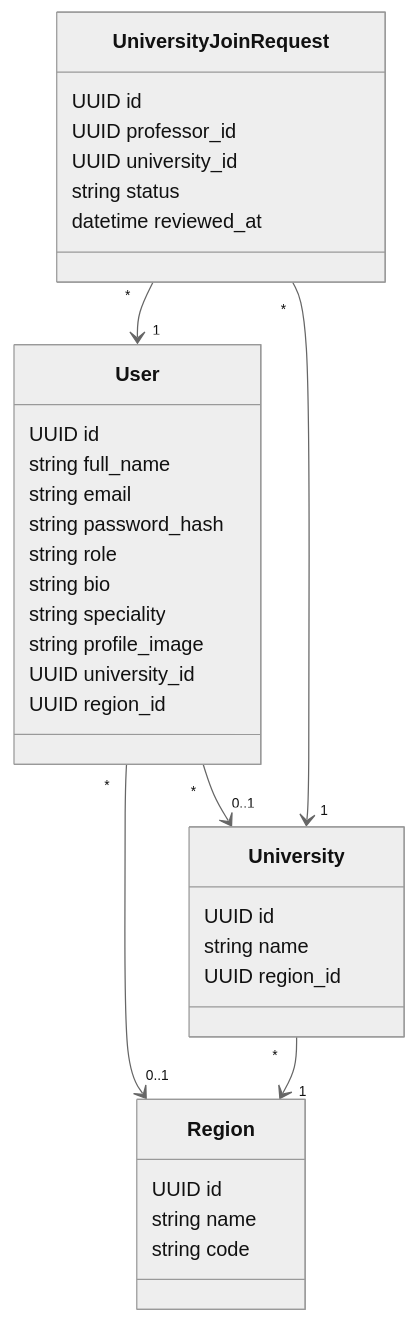
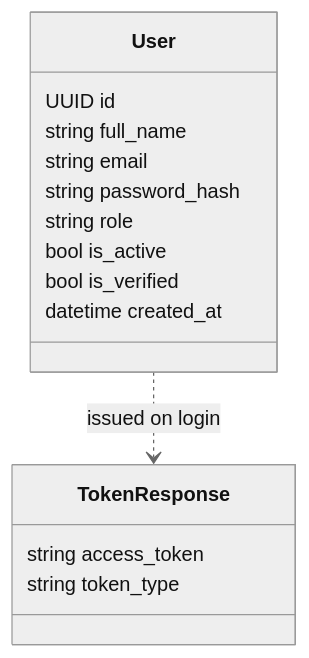
One commit to yazidha09/Hub4Learners changed the second of 5 diagrams in docs/sprints/SPRINT_1.md. Above: the diagram before and after it, drawn with Mermaid (neutral theme). The commit also changed other lines of this file and 1 other file, not shown here.

````diff
--- a/docs/sprints/SPRINT_1.md
+++ b/docs/sprints/SPRINT_1.md
@@ -57,41 +46,20 @@
 ```mermaid
 classDiagram
     class User {
         UUID id
         string full_name
         string email
         string password_hash
         string role
-        string bio
-        string speciality
-        string profile_image
-        UUID university_id
-        UUID region_id
+        bool is_active
+        bool is_verified
+        datetime created_at
     }
 
-    class Region {
-        UUID id
-        string name
-        string code
+    class TokenResponse {
+        string access_token
+        string token_type
     }
 
-    class University {
-        UUID id
-        string name
-        UUID region_id
-    }
-
-    class UniversityJoinRequest {
-        UUID id
-        UUID professor_id
-        UUID university_id
-        string status
-        datetime reviewed_at
-    }
-
-    User "*" --> "0..1" University
-    User "*" --> "0..1" Region
-    University "*" --> "1" Region
-    UniversityJoinRequest "*" --> "1" User
-    UniversityJoinRequest "*" --> "1" University
+    User ..> TokenResponse : issued on login
 ```
````
